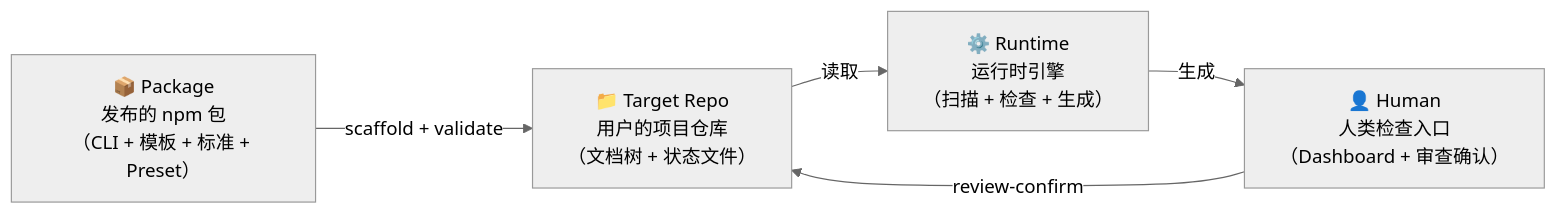
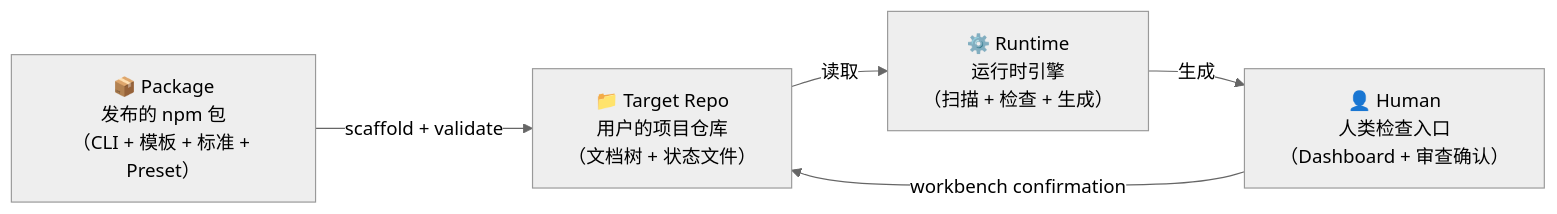
The first of 4 diagrams in docs-release/architecture/system-explainer/01-system-overview.md (FairladyZ625/coding-agent-harness), drawn with Mermaid (neutral theme) before and after one commit. The commit also changed other lines of this file and 33 other files, not shown here.

Commit message:
fix: route review confirmation through dashboard

````diff
--- a/docs-release/architecture/system-explainer/01-system-overview.md
+++ b/docs-release/architecture/system-explainer/01-system-overview.md
@@ -56,12 +56,12 @@
 ```mermaid
 flowchart LR
   A["📦 Package\n发布的 npm 包\n（CLI + 模板 + 标准 + Preset）"]
   B["📁 Target Repo\n用户的项目仓库\n（文档树 + 状态文件）"]
   C["⚙️ Runtime\n运行时引擎\n（扫描 + 检查 + 生成）"]
   D["👤 Human\n人类检查入口\n（Dashboard + 审查确认）"]
 
   A -->|"scaffold + validate"| B
   B -->|"读取"| C
   C -->|"生成"| D
-  D -->|"review-confirm"| B
+  D -->|"workbench confirmation"| B
 ```
````
